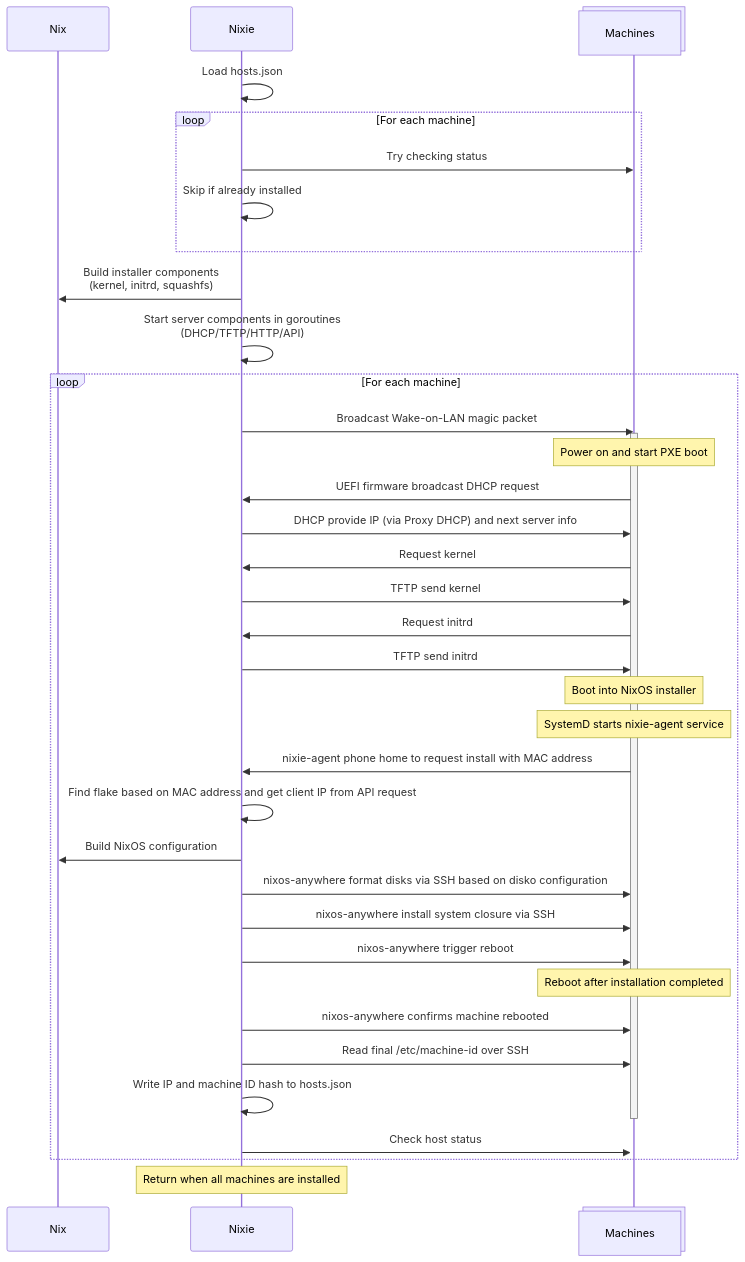
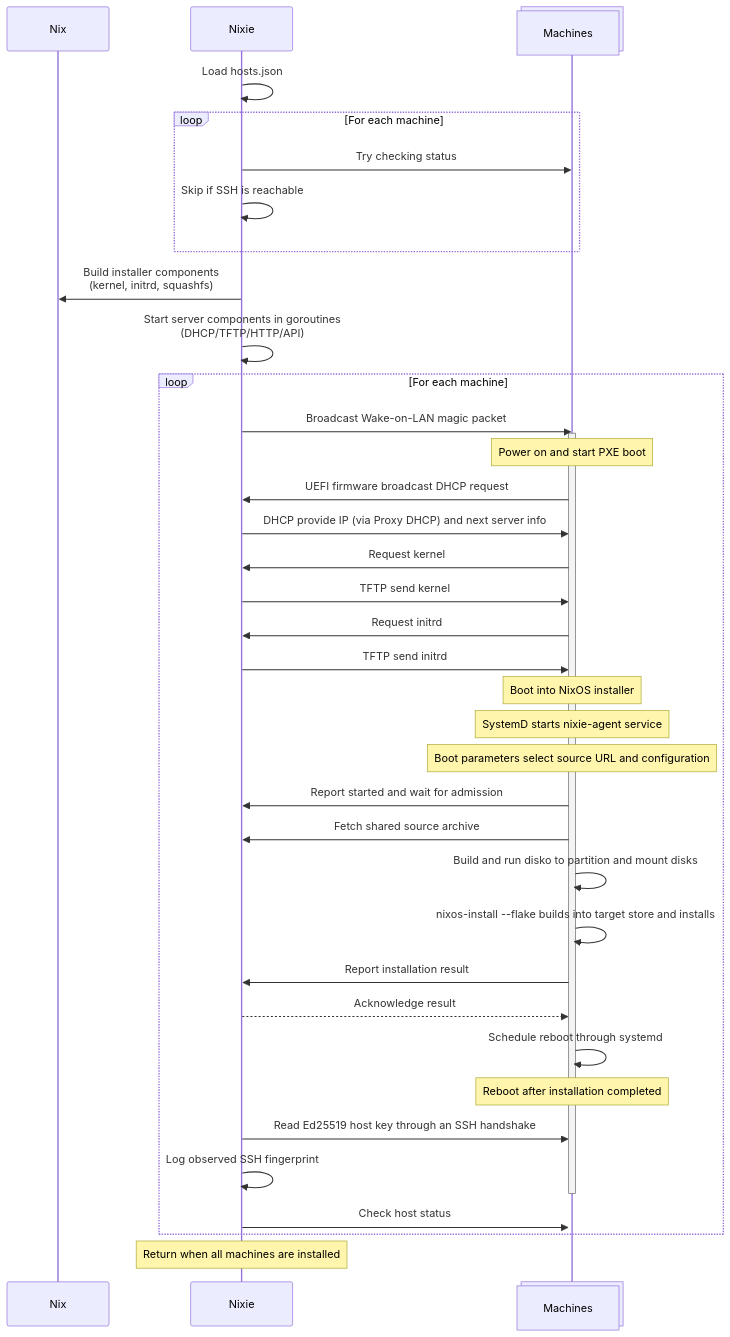
Before and after one commit to khuedoan/nixie: the diagram in README.md, drawn with Mermaid. The commit also changed other lines of this file, not shown here.

Commit message:
docs: describe agent-driven provisioning and fixed inventory

````diff
--- a/README.md
+++ b/README.md
@@ -120,53 +134,54 @@
 ```mermaid
 sequenceDiagram
     participant Nix
     participant Nixie
     participant Machines@{ "type" : "collections" }
 
     Nixie->>Nixie: Load hosts.json
 
     loop For each machine
     Nixie->>Machines: Try checking status
-    Nixie->>Nixie: Skip if already installed
+    Nixie->>Nixie: Skip if SSH is reachable
     end
 
     Nixie->>Nix: Build installer components<br/>(kernel, initrd, squashfs)
     Nixie->>Nixie: Start server components in goroutines<br/>(DHCP/TFTP/HTTP/API)
 
     loop For each machine
         Nixie->>Machines: Broadcast Wake-on-LAN magic packet
 
         activate Machines
 
         Note over Machines: Power on and start PXE boot
 
         Machines->>Nixie: UEFI firmware broadcast DHCP request
         Nixie->>Machines: DHCP provide IP (via Proxy DHCP) and next server info
         Machines->>Nixie: Request kernel
         Nixie->>Machines: TFTP send kernel
         Machines->>Nixie: Request initrd
         Nixie->>Machines: TFTP send initrd
 
         Note over Machines: Boot into NixOS installer
         Note over Machines: SystemD starts nixie-agent service
-        Machines->>Nixie: nixie-agent phone home to request install with MAC address
-        Nixie->>Nixie: Find flake based on MAC address and get client IP from API request
-        Nixie->>Nix: Build NixOS configuration
-        Nixie->>Machines: nixos-anywhere format disks via SSH based on disko configuration
-        Nixie->>Machines: nixos-anywhere install system closure via SSH
-        Nixie->>Machines: nixos-anywhere trigger reboot
+        Note over Machines: Boot parameters select source URL and configuration
+        Machines->>Nixie: Report started and wait for admission
+        Machines->>Nixie: Fetch shared source archive
+        Machines->>Machines: Build and run disko to partition and mount disks
+        Machines->>Machines: nixos-install --flake builds into target store and installs
+        Machines->>Nixie: Report installation result
+        Nixie-->>Machines: Acknowledge result
+        Machines->>Machines: Schedule reboot through systemd
 
         Note over Machines: Reboot after installation completed
 
-        Nixie->>Machines: nixos-anywhere confirms machine rebooted
-        Nixie->>Machines: Read final /etc/machine-id over SSH
-        Nixie->>Nixie: Write IP and machine ID hash to hosts.json
+        Nixie->>Machines: Read Ed25519 host key through an SSH handshake
+        Nixie->>Nixie: Log observed SSH fingerprint
         deactivate Machines
 
         activate Machines
 
         Nixie->>Machines: Check host status
     end
 
     Note over Nixie: Return when all machines are installed
 ```
````
